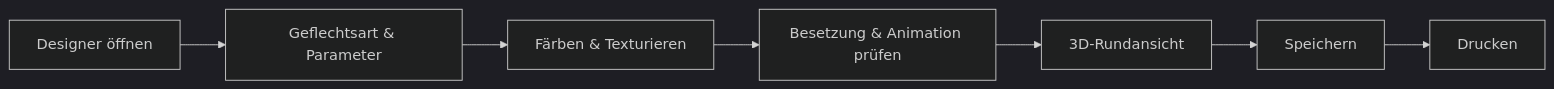
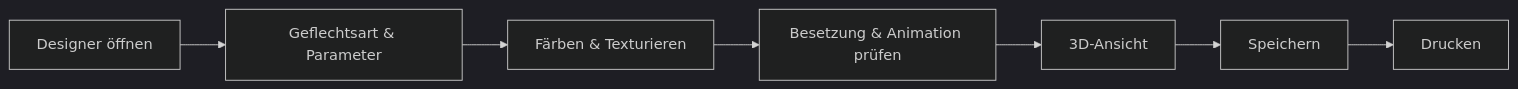
The diagram in docs/tasks/design-from-scratch.md (Herzog-GmbH/HerzogCAB-Docs), drawn with Mermaid (dark theme) before and after one commit. The commit also changed other lines of this file and 299 other files, not shown here.

First line of the commit message:
Handbuch zweisprachig: englische Fassung, Fachwortliste, Diagramme, Web-Bilder DE/EN

````diff
--- a/docs/tasks/design-from-scratch.md
+++ b/docs/tasks/design-from-scratch.md
@@ -11,9 +11,9 @@
 ```mermaid
 flowchart LR
   A["Designer öffnen"] --> B["Geflechtsart & Parameter"]
   B --> C["Färben & Texturieren"]
   C --> D["Besetzung & Animation prüfen"]
-  D --> E["3D-Rundansicht"]
+  D --> E["3D-Ansicht"]
   E --> F["Speichern"]
   F --> G["Drucken"]
 ```
````
